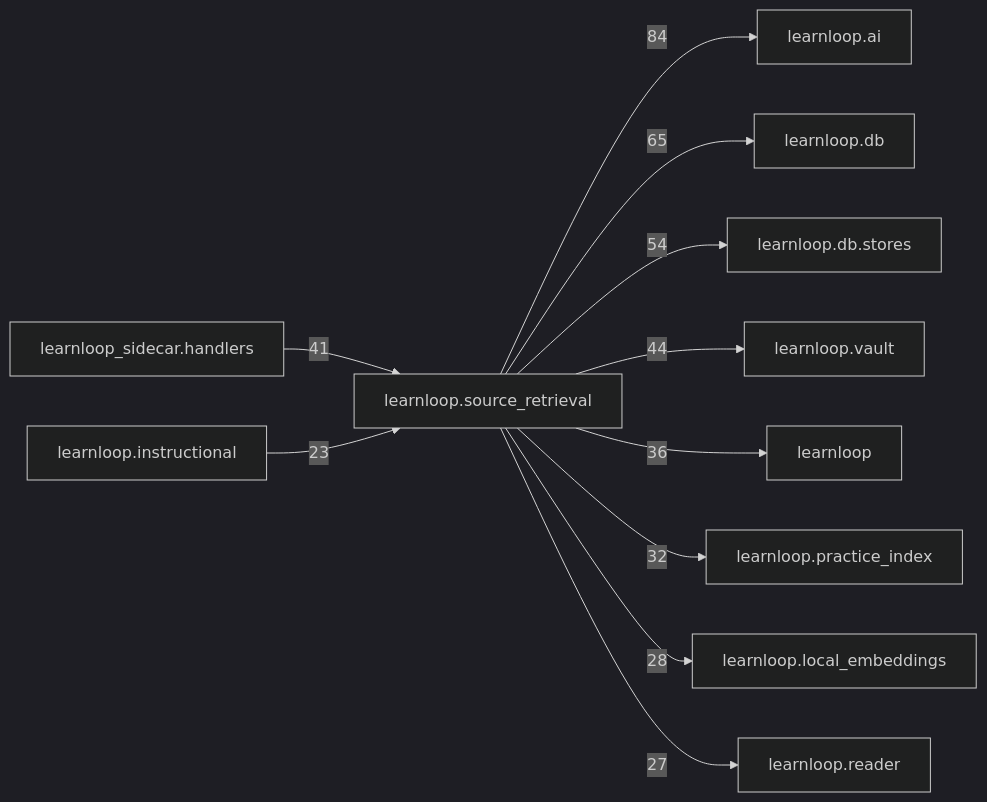
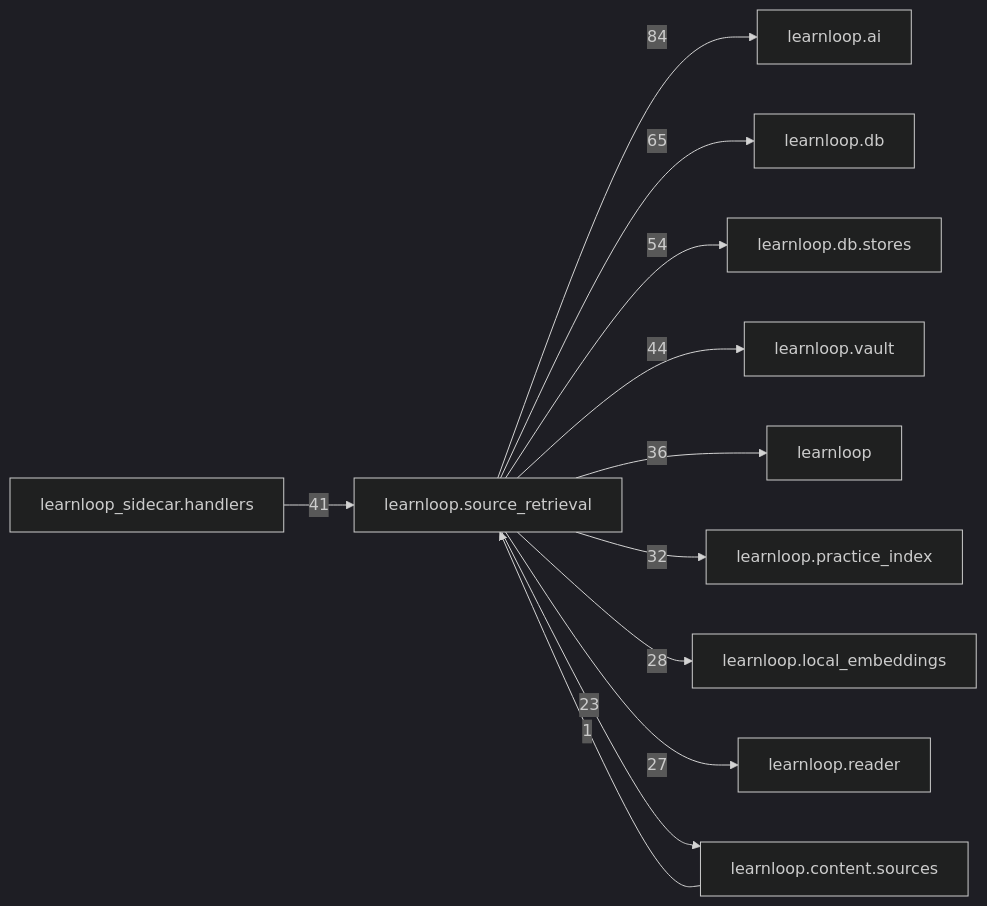
The diagram in docs/learnloop-architecture-vault/Reference/Modules/learnloop/source_retrieval/_package.md (6up-b/learnanything), drawn with Mermaid (dark theme) before and after one commit. The commit also changed other lines of this file and 489 other files, not shown here.

````diff
--- a/docs/learnloop-architecture-vault/Reference/Modules/learnloop/source_retrieval/_package.md
+++ b/docs/learnloop-architecture-vault/Reference/Modules/learnloop/source_retrieval/_package.md
@@ -185,24 +185,25 @@
 ```mermaid
 flowchart LR
     center["learnloop.source_retrieval"]
     n_learnloop_ai["learnloop.ai"]
     n_learnloop_db["learnloop.db"]
     n_learnloop_db_stores["learnloop.db.stores"]
     n_learnloop_vault["learnloop.vault"]
     n_learnloop_sidecar_handlers["learnloop_sidecar.handlers"]
     n_learnloop["learnloop"]
     n_learnloop_practice_index["learnloop.practice_index"]
     n_learnloop_local_embeddings["learnloop.local_embeddings"]
     n_learnloop_reader["learnloop.reader"]
-    n_learnloop_instructional["learnloop.instructional"]
+    n_learnloop_content_sources["learnloop.content.sources"]
     center -->|84| n_learnloop_ai
     center -->|65| n_learnloop_db
     center -->|54| n_learnloop_db_stores
     center -->|44| n_learnloop_vault
     n_learnloop_sidecar_handlers -->|41| center
     center -->|36| n_learnloop
     center -->|32| n_learnloop_practice_index
     center -->|28| n_learnloop_local_embeddings
     center -->|27| n_learnloop_reader
-    n_learnloop_instructional -->|23| center
+    n_learnloop_content_sources -->|1| center
+    center -->|23| n_learnloop_content_sources
 ```
````
